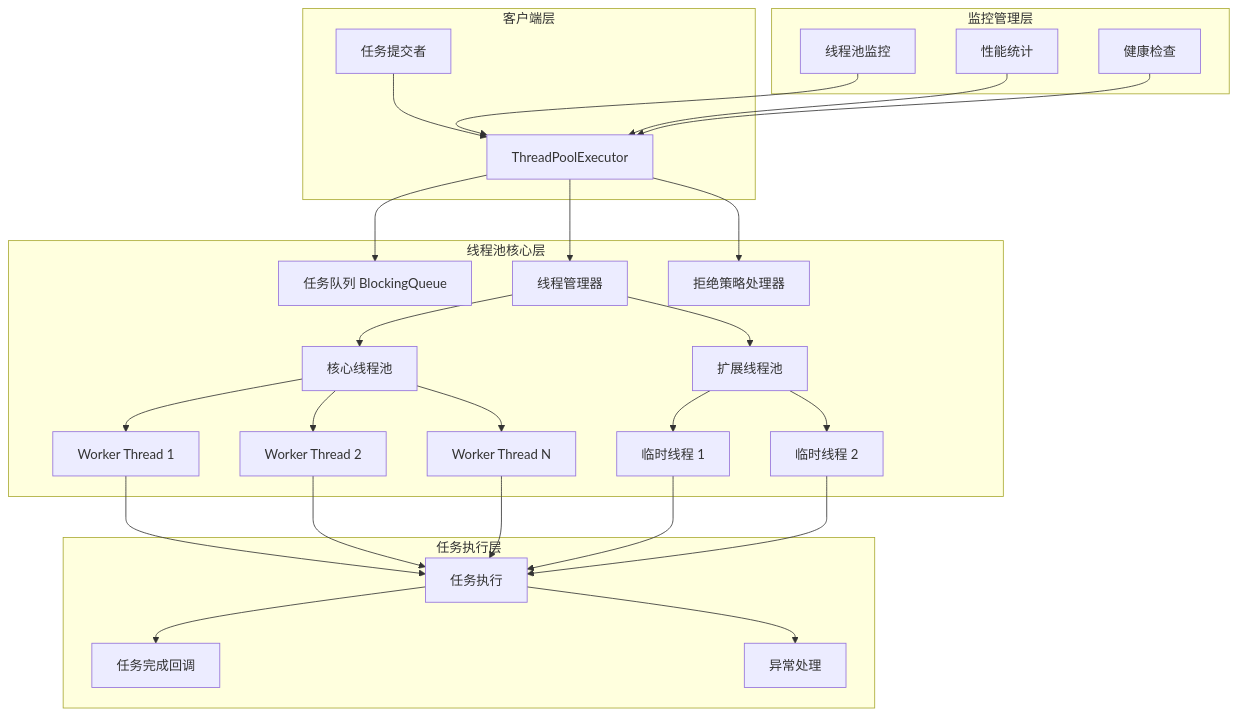
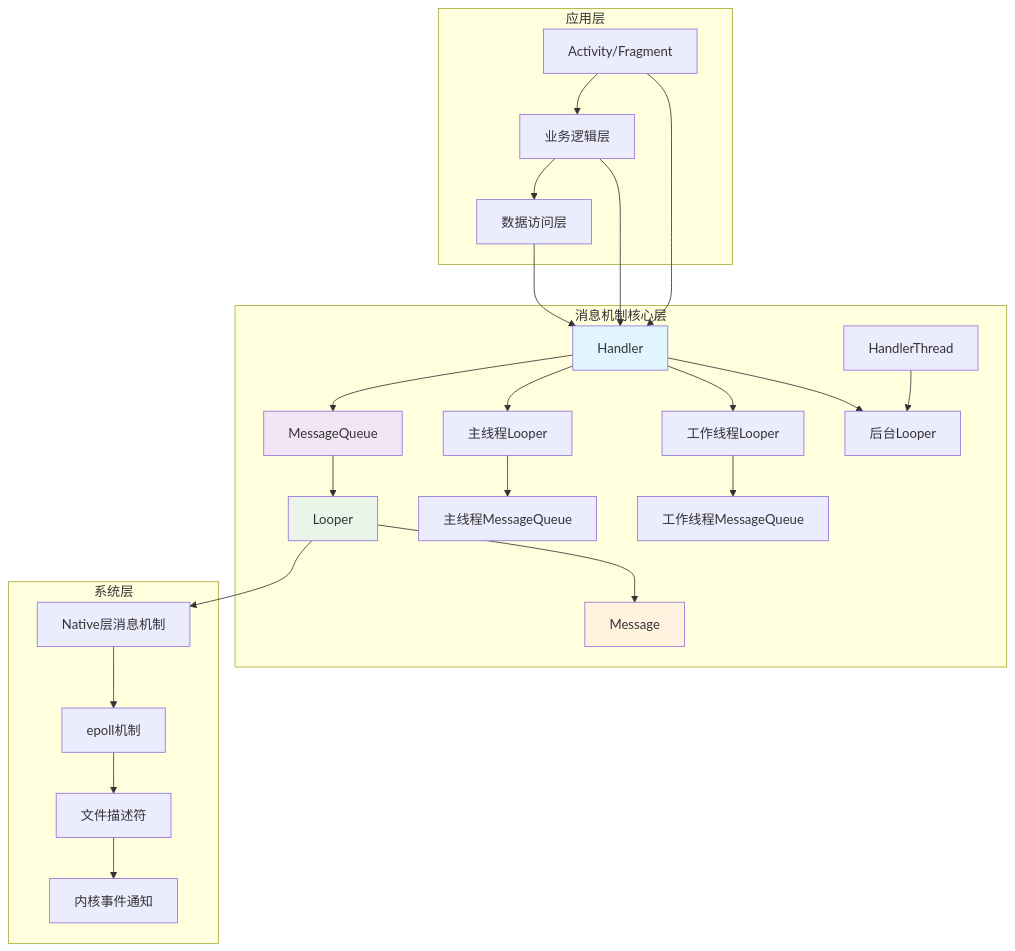
Before and after one commit to chongyang211/YCBookBlog: the second of 16 diagrams in 00.通用技术的提升/README.md, drawn with Mermaid. The commit also changed other lines of this file, not shown here.

````diff
--- a/00.通用技术的提升/README.md
+++ b/00.通用技术的提升/README.md
@@ -19,39 +57,39 @@
 ```mermaid
 graph TB
-    subgraph "客户端层"
-        A[任务提交者] --> B[ThreadPoolExecutor]
+    subgraph "应用层"
+        A[Activity/Fragment] --> B[业务逻辑层]
+        B --> C[数据访问层]
     end
     
-    subgraph "线程池核心层"
-        B --> C[任务队列 BlockingQueue]
-        B --> D[线程管理器]
-        B --> E[拒绝策略处理器]
+    subgraph "消息机制核心层"
+        D[Handler] --> E[MessageQueue]
+        E --> F[Looper]
+        F --> G[Message]
         
-        D --> F[核心线程池]
-        D --> G[扩展线程池]
+        H[主线程Looper] --> I[主线程MessageQueue]
+        J[工作线程Looper] --> K[工作线程MessageQueue]
         
-        F --> H[Worker Thread 1]
-        F --> I[Worker Thread 2]
-        F --> J[Worker Thread N]
-        
-        G --> K[临时线程 1]
-        G --> L[临时线程 2]
+        L[HandlerThread] --> M[后台Looper]
     end
     
-    subgraph "任务执行层"
-        H --> M[任务执行]
-        I --> M
-        J --> M
-        K --> M
-        L --> M
-        
-        M --> N[任务完成回调]
-        M --> O[异常处理]
+    subgraph "系统层"
+        N[Native层消息机制] --> O[epoll机制]
+        O --> P[文件描述符]
+        P --> Q[内核事件通知]
     end
     
-    subgraph "监控管理层"
-        P[线程池监控] --> B
-        Q[性能统计] --> B
-        R[健康检查] --> B
-    end
+    A --> D
+    B --> D
+    C --> D
+    
+    D --> H
+    D --> J
+    D --> M
+    
+    F --> N
+    
+    style D fill:#e1f5fe
+    style E fill:#f3e5f5
+    style F fill:#e8f5e8
+    style G fill:#fff3e0
 ```
````
